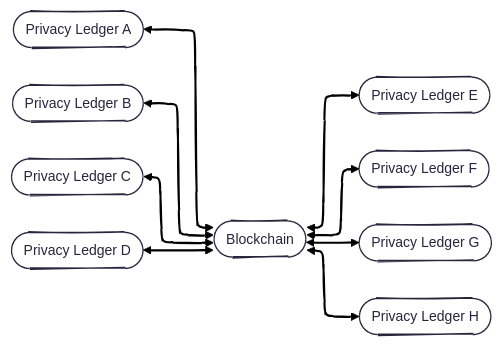
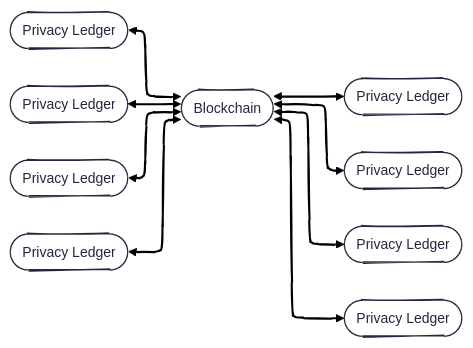
Before and after one commit to raylsnetwork/Enygma: the first of 2 diagrams in enygma_payments/README.md, drawn with Mermaid.

````diff
--- a/enygma_payments/README.md
+++ b/enygma_payments/README.md
@@ -5,21 +5,21 @@
 ```mermaid
 ---
 config:
   theme: redux
   layout: elk
   look: handDrawn
 ---
 flowchart LR
-    PLA(["Privacy Ledger A"])
-    PLB(["Privacy Ledger B"])
-    PLC(["Privacy Ledger C"])
-    PLD(["Privacy Ledger D"])
+    PLA(["Privacy Ledger"])
+    PLB(["Privacy Ledger"])
+    PLC(["Privacy Ledger"])
+    PLD(["Privacy Ledger"])
 
     B(["Blockchain"])
-    PLE(["Privacy Ledger E"])
-    PLF(["Privacy Ledger F"])
-    PLG(["Privacy Ledger G"])
-    PLH(["Privacy Ledger H"])
+    PLE(["Privacy Ledger"])
+    PLF(["Privacy Ledger"])
+    PLG(["Privacy Ledger"])
+    PLH(["Privacy Ledger"])
 
     PLA & PLB & PLC & PLD <--> B <--> PLE & PLF & PLG & PLH
 ```
````
